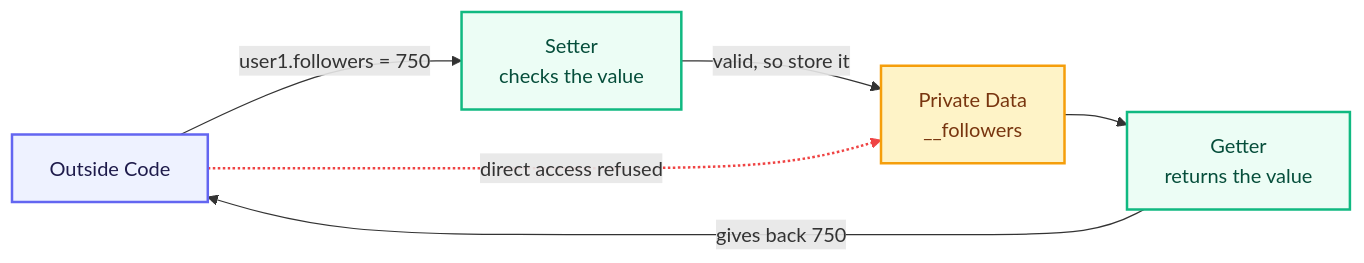
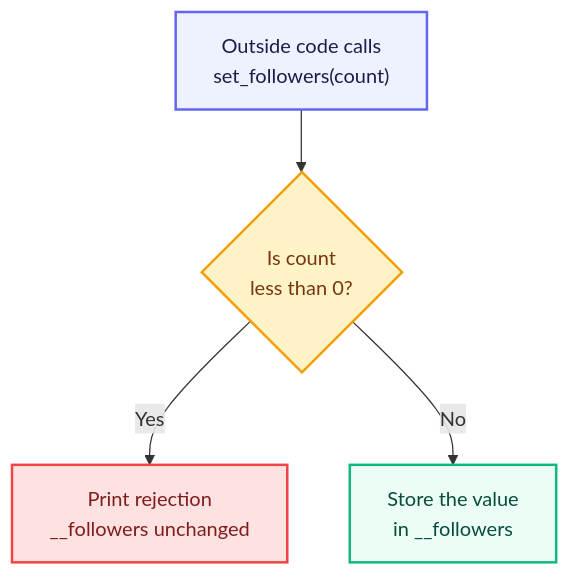
Before and after one commit to VishnuKumpati/Python-foundations: the diagram in modules/p4-classes-objects/unit-4-3-encapsulation.md, drawn with Mermaid. The commit also changed other lines of this file, not shown here.

Commit message:
Rewrite unit 4.3: getter/setter methods instead of @property

````diff
--- a/modules/p4-classes-objects/unit-4-3-encapsulation.md
+++ b/modules/p4-classes-objects/unit-4-3-encapsulation.md
@@ -58,23 +214,16 @@
 ```mermaid
-flowchart LR
-    O["Outside Code"]
-    S["Setter<br/>checks the value"]
-    D["Private Data<br/>__followers"]
-    G["Getter<br/>returns the value"]
+flowchart TD
+    A["Outside code calls<br/>set_followers(count)"] --> B{"Is count<br/>less than 0?"}
+    B -->|"Yes"| C["Print rejection<br/>__followers unchanged"]
+    B -->|"No"| D["Store the value<br/>in __followers"]
 
-    O -->|"user1.followers = 750"| S
-    S -->|"valid, so store it"| D
-    D --> G
-    G -->|"gives back 750"| O
-    O -.->|"direct access refused"| D
+    classDef entry fill:#EEF2FF,stroke:#6366F1,stroke-width:2px,color:#1E1B4B
+    classDef check fill:#FEF3C7,stroke:#F59E0B,stroke-width:2px,color:#78350F
+    classDef reject fill:#FEE2E2,stroke:#EF4444,stroke-width:2px,color:#7F1D1D
+    classDef accept fill:#ECFDF5,stroke:#10B981,stroke-width:2px,color:#064E3B
 
-    classDef outside fill:#EEF2FF,stroke:#6366F1,stroke-width:2px,color:#1E1B4B
-    classDef gate fill:#ECFDF5,stroke:#10B981,stroke-width:2px,color:#064E3B
-    classDef data fill:#FEF3C7,stroke:#F59E0B,stroke-width:2px,color:#78350F
-
-    class O outside
-    class S,G gate
-    class D data
-
-    linkStyle 4 stroke:#EF4444,stroke-width:2px
+    class A entry
+    class B check
+    class C reject
+    class D accept
 ```
````
